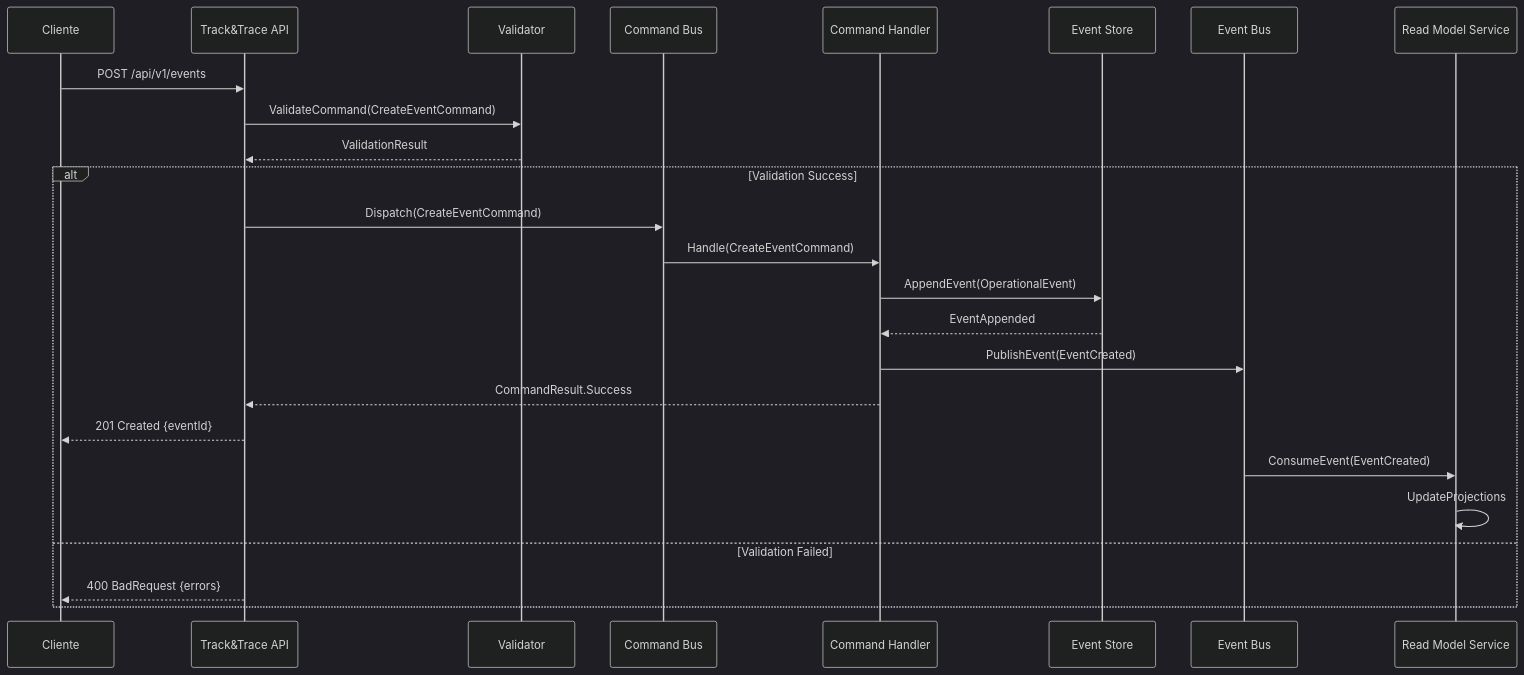
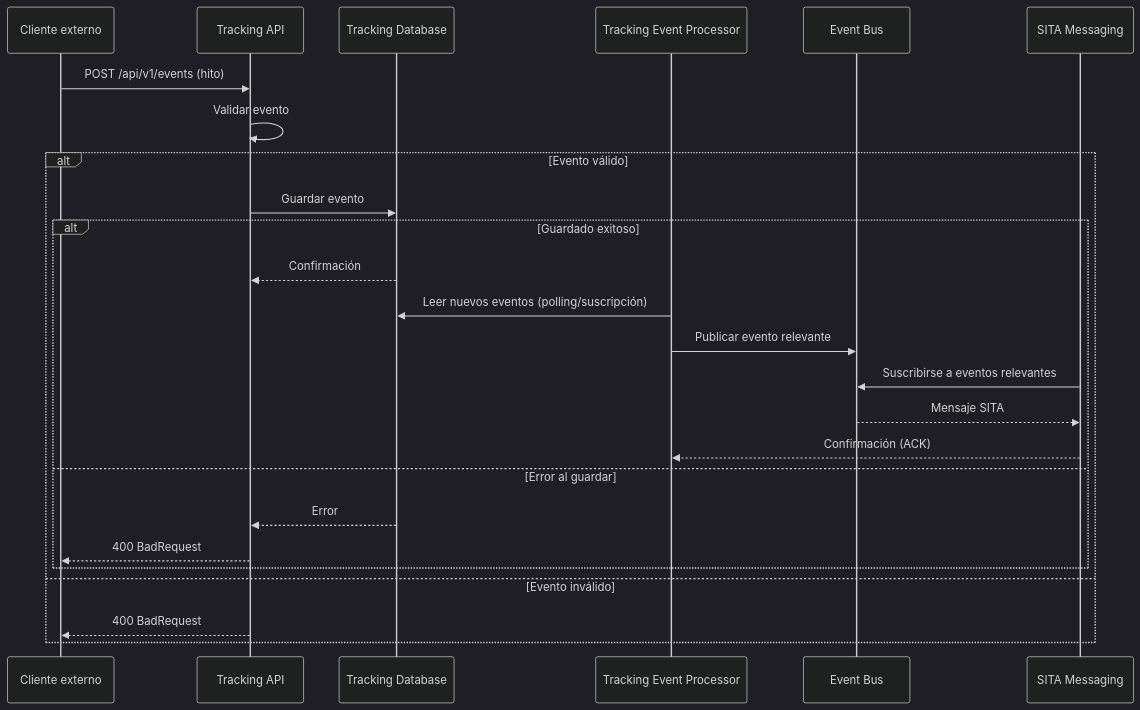
One commit to jclemente-tlm/tlm-arq-servicios-corporativos changed the first of 2 diagrams in docs/servicio-track-trace/06-vista-tiempo-ejecucion.md. Above: the diagram before and after it, drawn with Mermaid (dark theme). The commit also changed other lines of this file and 37 other files, not shown here.

````diff
--- a/docs/servicio-track-trace/06-vista-tiempo-ejecucion.md
+++ b/docs/servicio-track-trace/06-vista-tiempo-ejecucion.md
@@ -23,30 +22,28 @@
 ```mermaid
 sequenceDiagram
-    participant Client as Cliente
-    participant API as Track&Trace API
-    participant Validator as Validator
-    participant CommandBus as Command Bus
-    participant Handler as Command Handler
-    participant EventStore as Event Store
+    participant Cliente as Cliente externo
+    participant API as Tracking API
+    participant EventStore as Tracking Database
+    participant Processor as Tracking Event Processor
     participant EventBus as Event Bus
-    participant ReadModel as Read Model Service
+    participant SITA as SITA Messaging
 
-    Client->>API: POST /api/v1/events
-    API->>Validator: ValidateCommand(CreateEventCommand)
-    Validator-->>API: ValidationResult
-
-    alt Validation Success
-        API->>CommandBus: Dispatch(CreateEventCommand)
-        CommandBus->>Handler: Handle(CreateEventCommand)
-        Handler->>EventStore: AppendEvent(OperationalEvent)
-        EventStore-->>Handler: EventAppended
-        Handler->>EventBus: PublishEvent(EventCreated)
-        Handler-->>API: CommandResult.Success
-        API-->>Client: 201 Created {eventId}
-
-        EventBus->>ReadModel: ConsumeEvent(EventCreated)
-        ReadModel->>ReadModel: UpdateProjections
-    else Validation Failed
-        API-->>Client: 400 BadRequest {errors}
+    Cliente->>API: POST /api/v1/events (hito)
+    API->>API: Validar evento
+    alt Evento válido
+        API->>EventStore: Guardar evento
+        alt Guardado exitoso
+            EventStore-->>API: Confirmación
+            Processor->>EventStore: Leer nuevos eventos (polling/suscripción)
+            Processor->>EventBus: Publicar evento relevante
+            SITA->>EventBus: Suscribirse a eventos relevantes
+            EventBus-->>SITA: Mensaje SITA
+            SITA-->>Processor: Confirmación (ACK)
+        else Error al guardar
+            EventStore-->>API: Error
+            API-->>Cliente: 400 BadRequest
+        end
+    else Evento inválido
+        API-->>Cliente: 400 BadRequest
     end
 ```
````
